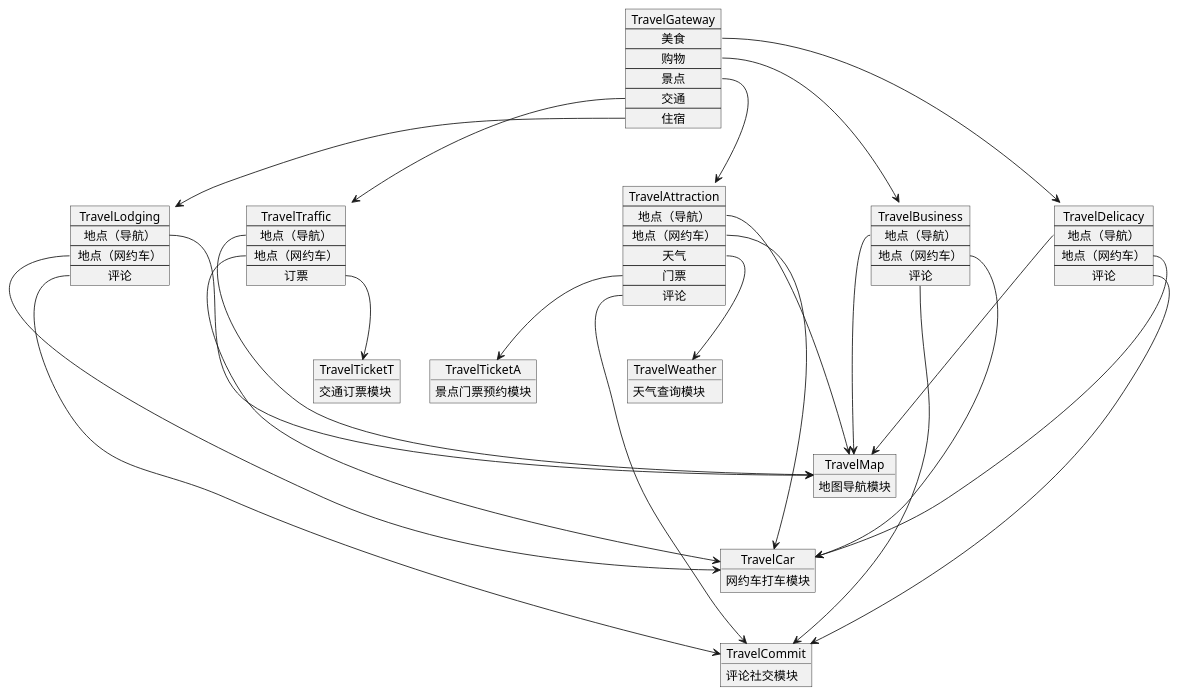
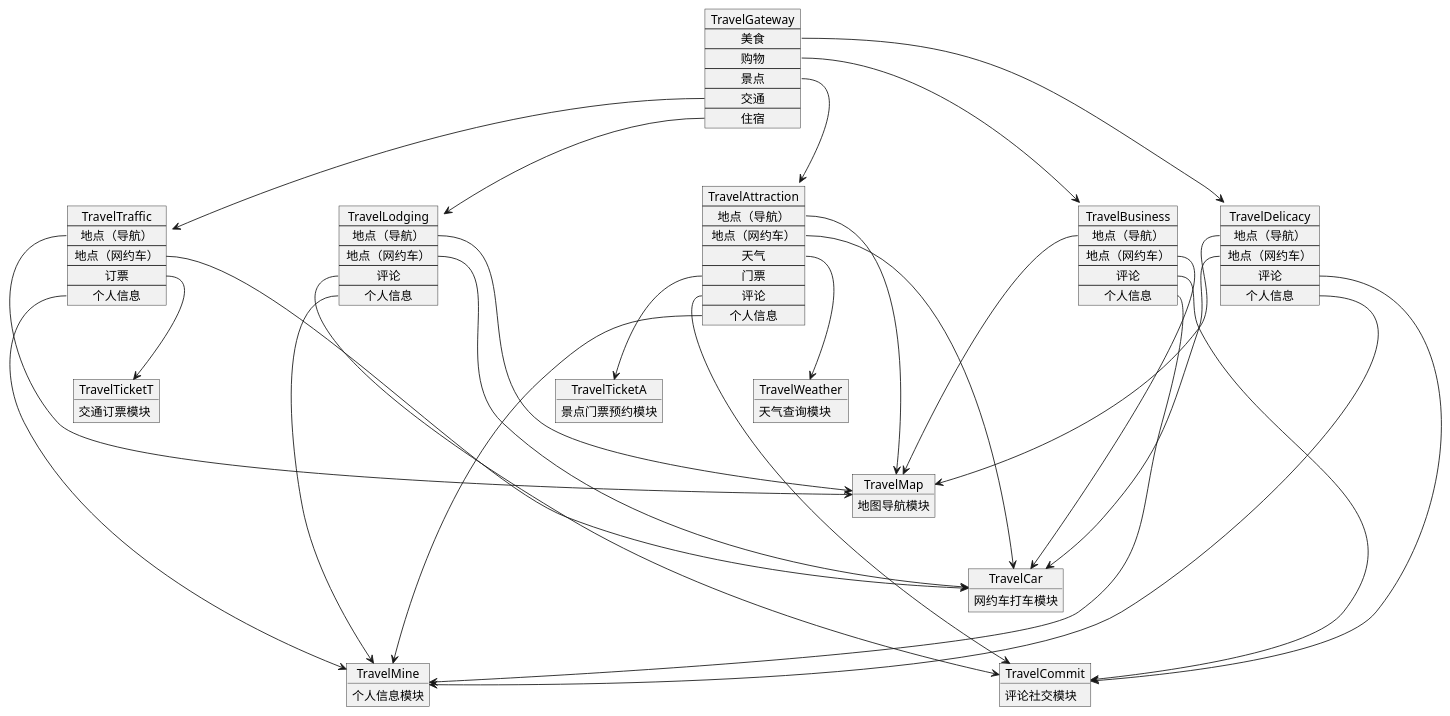
The diagram in docs/服务模块.puml (Lingling-LynnChan/j2ee_lab_server), drawn with PlantUML before and after one commit. The commit also changed 25 other files, not shown here.

```diff
--- a/docs/服务模块.puml
+++ b/docs/服务模块.puml
@@ -1,69 +1,79 @@
 @startuml
+
+'“我的”模块
+object TravelMine{
+    个人信息模块
+}
 
 '地图模块
 object TravelMap {
     地图导航模块
 }
 '评论模块
 object TravelCommit {
     评论社交模块
 }
 '订票模块（景点 Attraction）
 object TravelTicketA {
     景点门票预约模块
 }
 '订票模块（交通 Traffic）
 object TravelTicketT {
     交通订票模块
 }
 '打车模块
 object TravelCar {
     网约车打车模块
 }
 '天气模块
 object TravelWeather {
     天气查询模块
 }
 
 '美食
 map TravelDelicacy {
     地点（导航）*--->TravelMap
     地点（网约车）*---->TravelCar
     评论*----->TravelCommit
+    个人信息*----->TravelMine
 }
 '购物
 map TravelBusiness {
     地点（导航）*--->TravelMap
     地点（网约车）*---->TravelCar
     评论*----->TravelCommit
+    个人信息*----->TravelMine
 }
 '景点
-map TravelAttraction {
+    map TravelAttraction {
     地点（导航）*--->TravelMap
     地点（网约车）*---->TravelCar
     天气*-->TravelWeather
     门票*-->TravelTicketA
     评论*----->TravelCommit
+    个人信息*----->TravelMine
 }
 '交通
 map TravelTraffic {
     地点（导航）*--->TravelMap
     地点（网约车）*---->TravelCar
     订票*-->TravelTicketT
+    个人信息*----->TravelMine
 }
 '住宿
 map TravelLodging {
     地点（导航）*-->TravelMap
     地点（网约车）*---->TravelCar
     评论*----->TravelCommit
+    个人信息*----->TravelMine
 }
 '旅游自助系统网关
 map TravelGateway {
     美食*-->TravelDelicacy
     购物*-->TravelBusiness
     景点*-->TravelAttraction
     交通*-->TravelTraffic
     住宿*-->TravelLodging
 }
 
 @enduml
```
